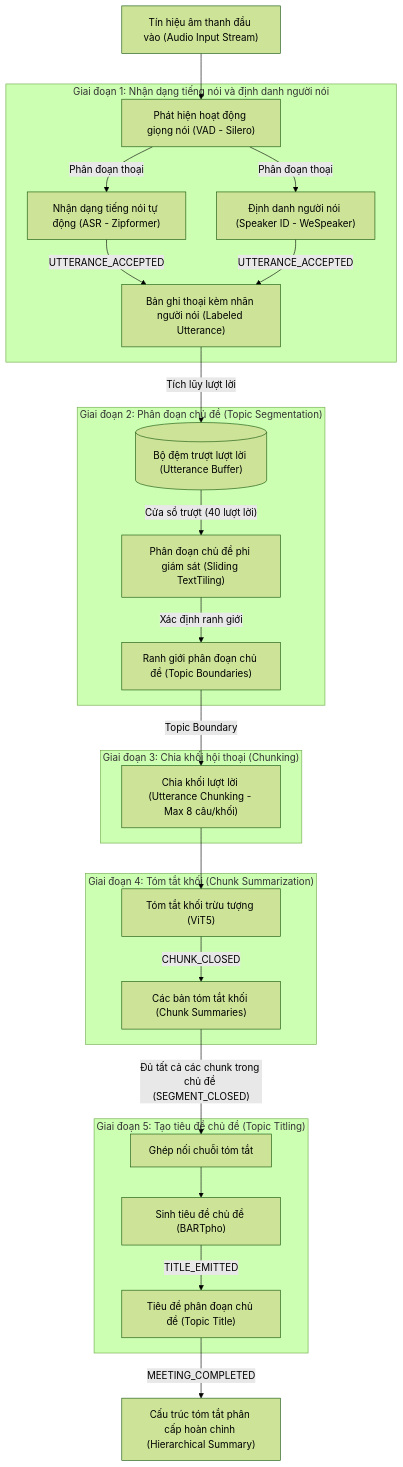
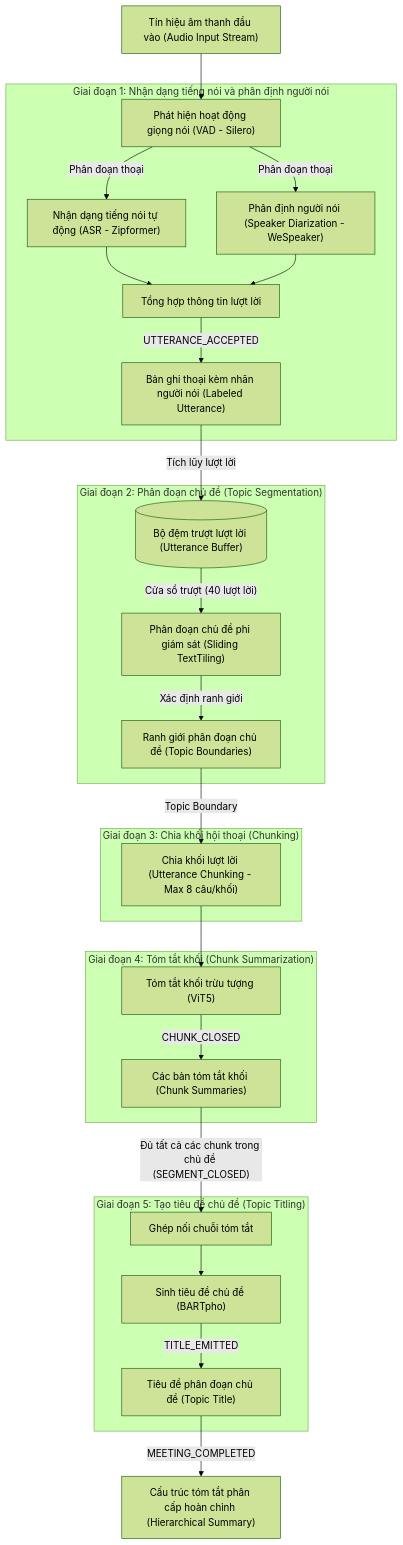
The first of 3 diagrams in report_compilation/Khoa_luan_Streaming_Meeting_Summary_hoan_chinh.md (quangkmhd/AIP491_G5_SU26_hierarchical-highlights-summarizer), drawn with Mermaid (forest theme) before and after one commit. The commit also changed other lines of this file and 12 other files, not shown here.

````diff
--- a/report_compilation/Khoa_luan_Streaming_Meeting_Summary_hoan_chinh.md
+++ b/report_compilation/Khoa_luan_Streaming_Meeting_Summary_hoan_chinh.md
@@ -85,36 +83,37 @@
 ```mermaid
 graph TD
     %% Input Stream
     Audio["Tín hiệu âm thanh đầu vào (Audio Input Stream)"] --> VAD["Phát hiện hoạt động giọng nói (VAD - Silero)"]
 
-    subgraph Stage1["Giai đoạn 1: Nhận dạng tiếng nói và định danh người nói"]
+    subgraph Stage1["Giai đoạn 1: Nhận dạng tiếng nói và phân định người nói"]
         VAD -->|"Phân đoạn thoại"| ASR["Nhận dạng tiếng nói tự động (ASR - Zipformer)"]
-        VAD -->|"Phân đoạn thoại"| Speaker["Định danh người nói (Speaker ID - WeSpeaker)"]
-        ASR -->|UTTERANCE_ACCEPTED| Utterance["Bản ghi thoại kèm nhãn người nói (Labeled Utterance)"]
-        Speaker -->|UTTERANCE_ACCEPTED| Utterance
+        VAD -->|"Phân đoạn thoại"| Speaker["Phân định người nói (Speaker Diarization - WeSpeaker)"]
+        ASR --> UtteranceBuild["Tổng hợp thông tin lượt lời"]
+        Speaker --> UtteranceBuild
+        UtteranceBuild -->|UTTERANCE_ACCEPTED| Utterance["Bản ghi thoại kèm nhãn người nói (Labeled Utterance)"]
     end
 
     Utterance -->|"Tích lũy lượt lời"| Buffer[("Bộ đệm trượt lượt lời (Utterance Buffer)")]
 
     subgraph Stage2["Giai đoạn 2: Phân đoạn chủ đề (Topic Segmentation)"]
         Buffer -->|"Cửa sổ trượt (40 lượt lời)"| Tiler["Phân đoạn chủ đề phi giám sát (Sliding TextTiling)"]
         Tiler -->|"Xác định ranh giới"| Boundaries["Ranh giới phân đoạn chủ đề (Topic Boundaries)"]
     end
 
     subgraph Stage3["Giai đoạn 3: Chia khối hội thoại (Chunking)"]
         Boundaries -->|"Topic Boundary"| Chunking["Chia khối lượt lời (Utterance Chunking - Max 8 câu/khối)"]
     end
 
     subgraph Stage4["Giai đoạn 4: Tóm tắt khối (Chunk Summarization)"]
         Chunking --> ViT5["Tóm tắt khối trừu tượng (ViT5)"]
         ViT5 -->|CHUNK_CLOSED| Summaries["Các bản tóm tắt khối (Chunk Summaries)"]
     end
 
     subgraph Stage5["Giai đoạn 5: Tạo tiêu đề chủ đề (Topic Titling)"]
         Summaries -->|"Đủ tất cả các chunk trong chủ đề (SEGMENT_CLOSED)"| Concat["Ghép nối chuỗi tóm tắt"]
         Concat --> BARTpho["Sinh tiêu đề chủ đề (BARTpho)"]
         BARTpho -->|TITLE_EMITTED| Title["Tiêu đề phân đoạn chủ đề (Topic Title)"]
     end
 
     Title -->|MEETING_COMPLETED| Output["Cấu trúc tóm tắt phân cấp hoàn chỉnh (Hierarchical Summary)"]
 ```
````
